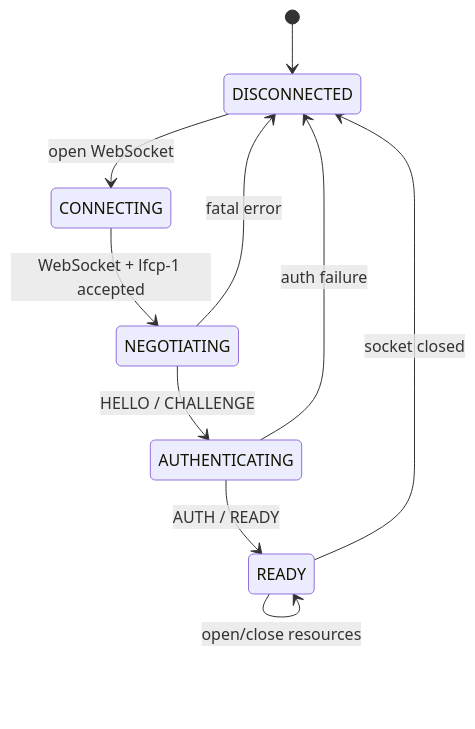
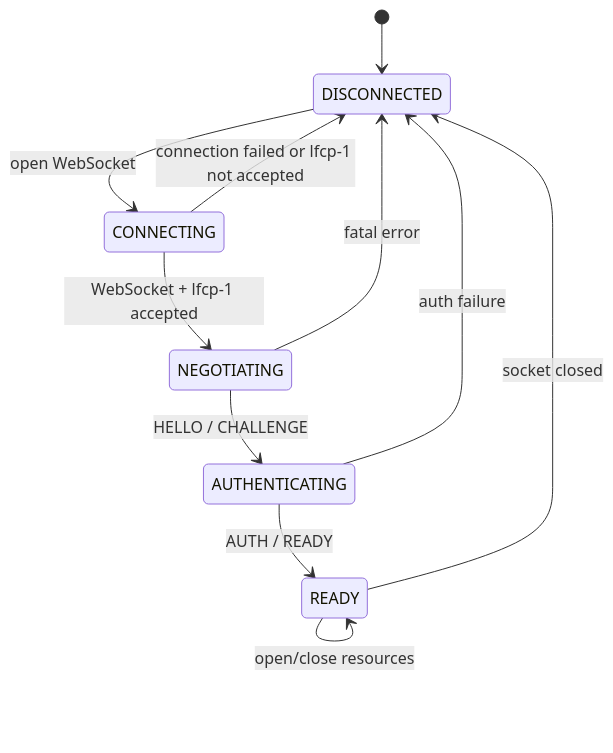
The first of 11 diagrams in wire/LFCP-WIRE-01.md (openlfcp/spec), drawn with Mermaid before and after one commit. The commit also changed other lines of this file and 6 other files, not shown here.

````diff
--- a/wire/LFCP-WIRE-01.md
+++ b/wire/LFCP-WIRE-01.md
@@ -2236,12 +2248,13 @@
 ```mermaid
 stateDiagram-v2
     [*] --> DISCONNECTED
     DISCONNECTED --> CONNECTING: open WebSocket
     CONNECTING --> NEGOTIATING: WebSocket + lfcp-1 accepted
+    CONNECTING --> DISCONNECTED: connection failed or lfcp-1 not accepted
     NEGOTIATING --> AUTHENTICATING: HELLO / CHALLENGE
     AUTHENTICATING --> READY: AUTH / READY
     READY --> READY: open/close resources
     READY --> DISCONNECTED: socket closed
     NEGOTIATING --> DISCONNECTED: fatal error
     AUTHENTICATING --> DISCONNECTED: auth failure
 ```
````
